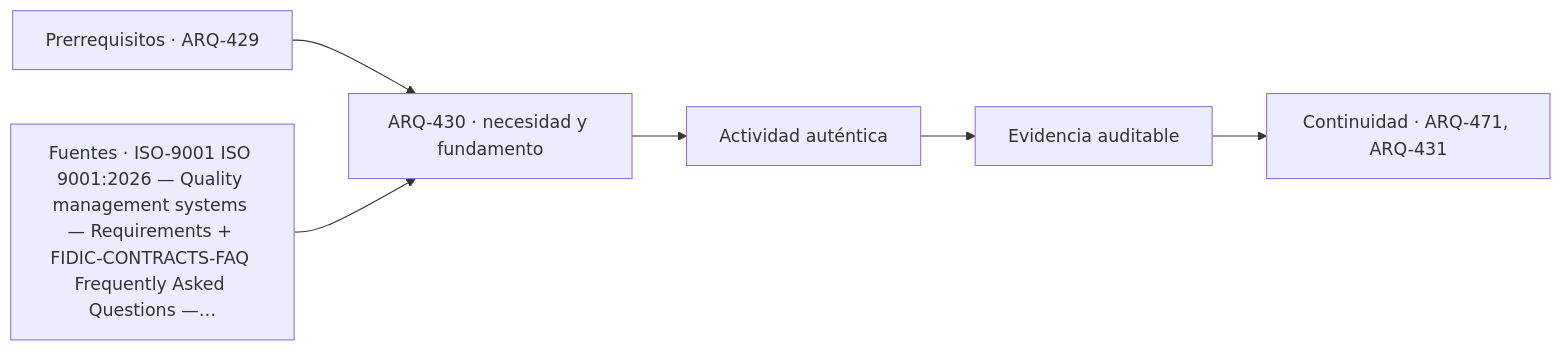
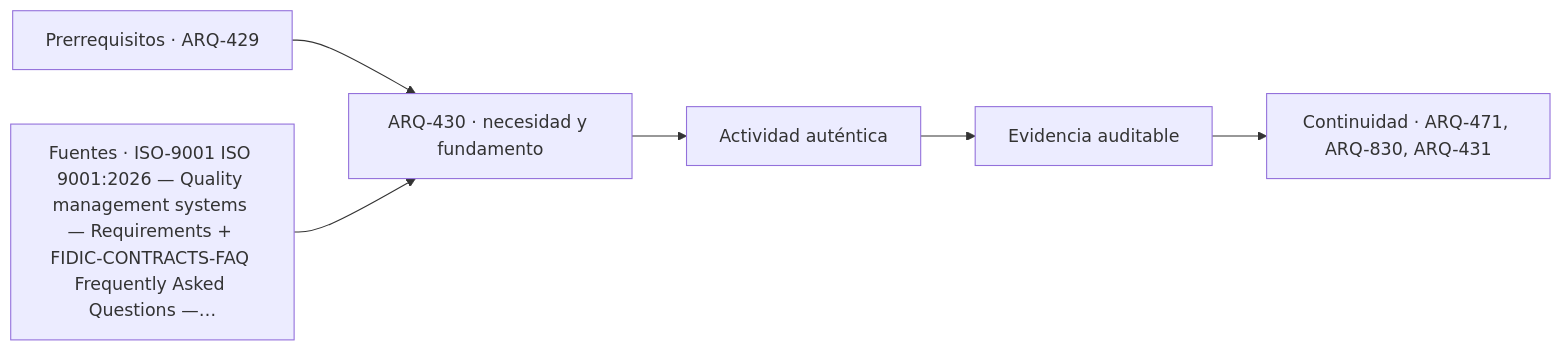
The diagram in classes/parte-43/ARQ-430.md (vladimiracunadev-create/architecture-built-environment-learning-program), drawn with Mermaid before and after one commit. The commit also changed other lines of this file and 234 other files, not shown here.

````diff
--- a/classes/parte-43/ARQ-430.md
+++ b/classes/parte-43/ARQ-430.md
@@ -87,8 +87,8 @@
 ```mermaid
 flowchart LR
     A["Prerrequisitos · ARQ-429"] --> B["ARQ-430 · necesidad y fundamento"]
     S["Fuentes · ISO-9001 ISO 9001:2026 — Quality management systems — Requirements + FIDIC-CONTRACTS-FAQ Frequently Asked Questions —…"] --> B
     B --> C["Actividad auténtica"]
     C --> D["Evidencia auditable"]
-    D --> E["Continuidad · ARQ-471, ARQ-431"]
+    D --> E["Continuidad · ARQ-471, ARQ-830, ARQ-431"]
 ```
````
